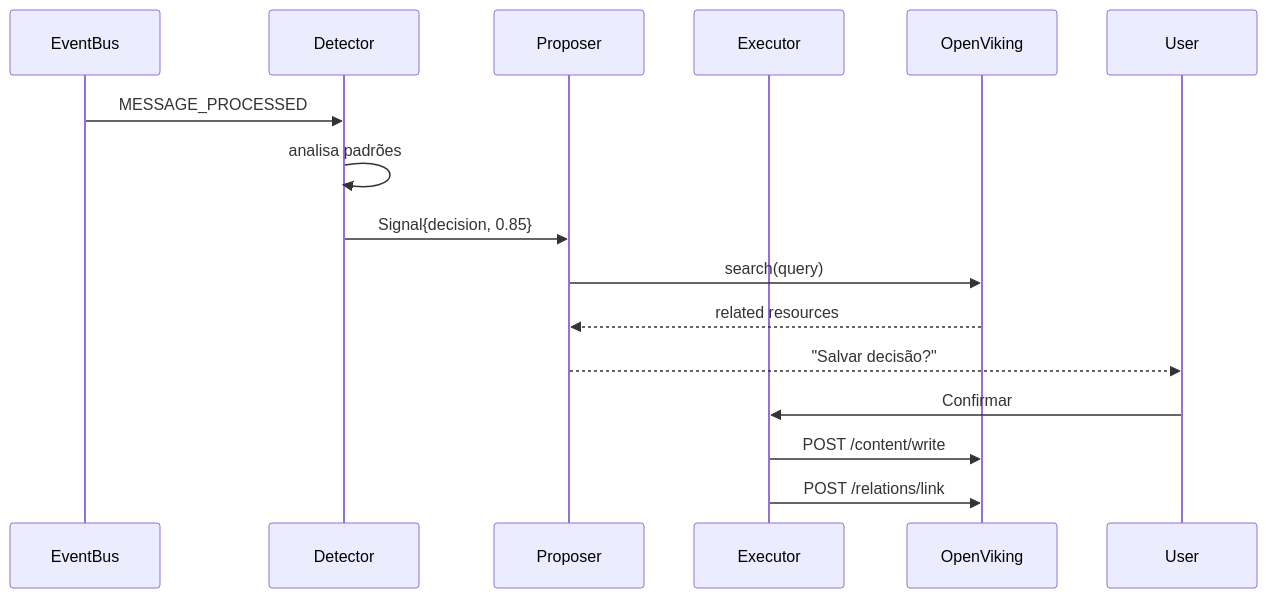
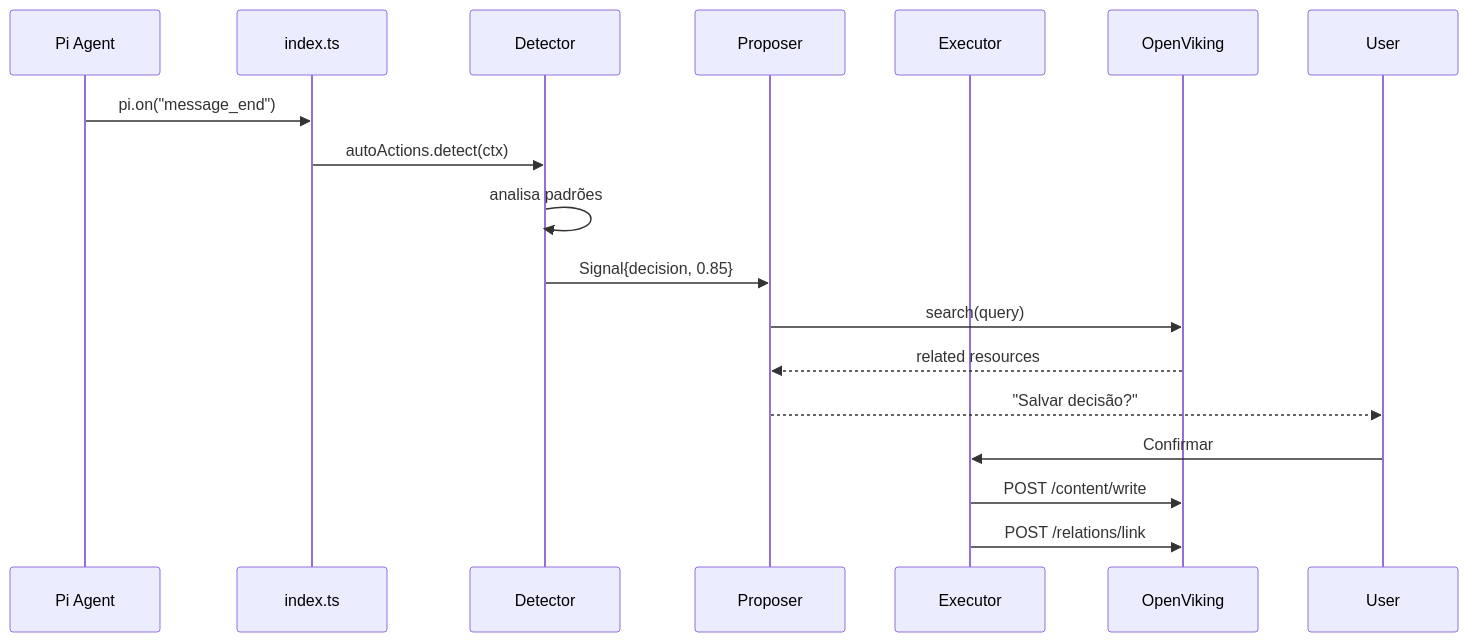
Before and after one commit to 4cya/pi-openviking: the fourth of 4 diagrams in docs/01-ARQUITETURA.md, drawn with Mermaid. The commit also changed other lines of this file and 14 other files, not shown here.

````diff
--- a/docs/01-ARQUITETURA.md
+++ b/docs/01-ARQUITETURA.md
@@ -260,18 +400,20 @@
 ```mermaid
 sequenceDiagram
-    participant Bus as EventBus
+    participant Pi as Pi Agent
+    participant Index as index.ts
     participant Detector as Detector
     participant Proposer as Proposer
     participant Executor as Executor
     participant OV as OpenViking
 
-    Bus->>Detector: MESSAGE_PROCESSED
+    Pi->>Index: pi.on("message_end")
+    Index->>Detector: autoActions.detect(ctx)
     Detector->>Detector: analisa padrões
     Detector->>Proposer: Signal{decision, 0.85}
     Proposer->>OV: search(query)
     OV-->>Proposer: related resources
     Proposer-->>User: "Salvar decisão?"
     User->>Executor: Confirmar
     Executor->>OV: POST /content/write
     Executor->>OV: POST /relations/link
 ```
````
